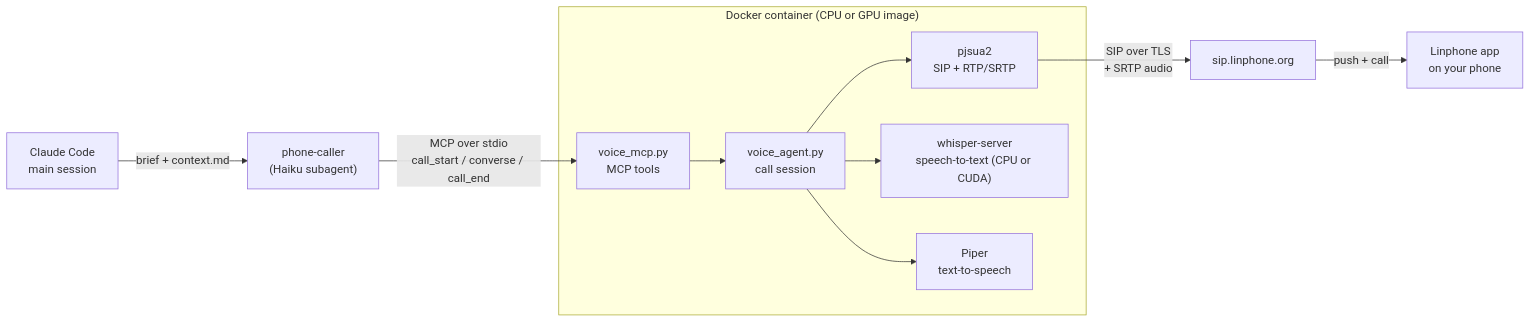
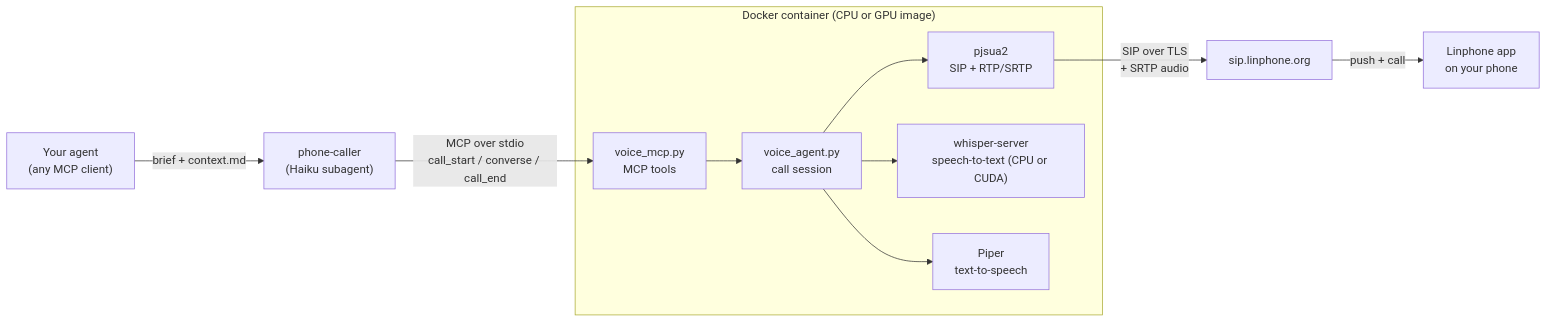
Before and after one commit to AladinAzz/Agent-hotline: the first of 2 diagrams in docs/ARCHITECTURE.md, drawn with Mermaid. The commit also changed other lines of this file and 4 other files, not shown here.

````diff
--- a/docs/ARCHITECTURE.md
+++ b/docs/ARCHITECTURE.md
@@ -10,13 +10,13 @@
 ```mermaid
 flowchart LR
-    CC["Claude Code<br/>main session"] -- "brief + context.md" --> PC["phone-caller<br/>(Haiku subagent)"]
+    CC["Your agent<br/>(any MCP client)"] -- "brief + context.md" --> PC["phone-caller<br/>(Haiku subagent)"]
     PC -- "MCP over stdio<br/>call_start / converse / call_end" --> MCP
     subgraph D["Docker container (CPU or GPU image)"]
         MCP["voice_mcp.py<br/>MCP tools"] --> VA["voice_agent.py<br/>call session"]
         VA --> PJ["pjsua2<br/>SIP + RTP/SRTP"]
         VA --> WS["whisper-server<br/>speech-to-text (CPU or CUDA)"]
         VA --> PI["Piper<br/>text-to-speech"]
     end
     PJ -- "SIP over TLS<br/>+ SRTP audio" --> LP["sip.linphone.org"]
     LP -- "push + call" --> PH["Linphone app<br/>on your phone"]
 ```
````
